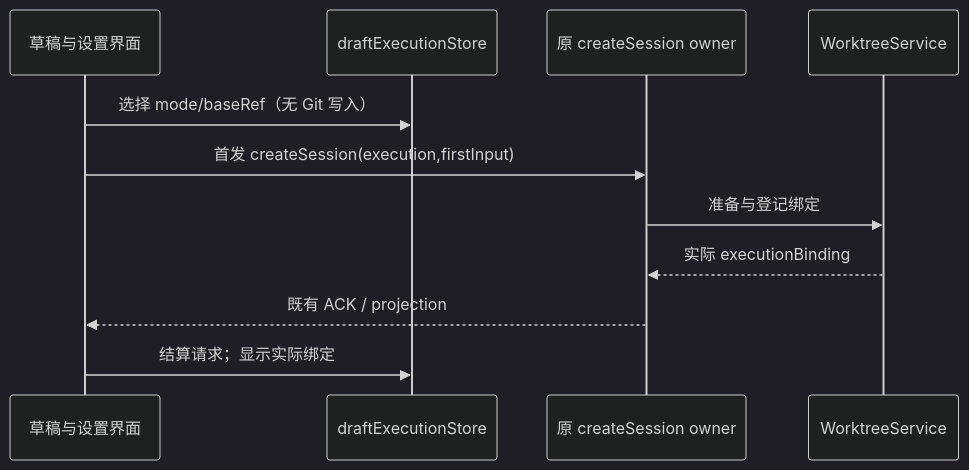
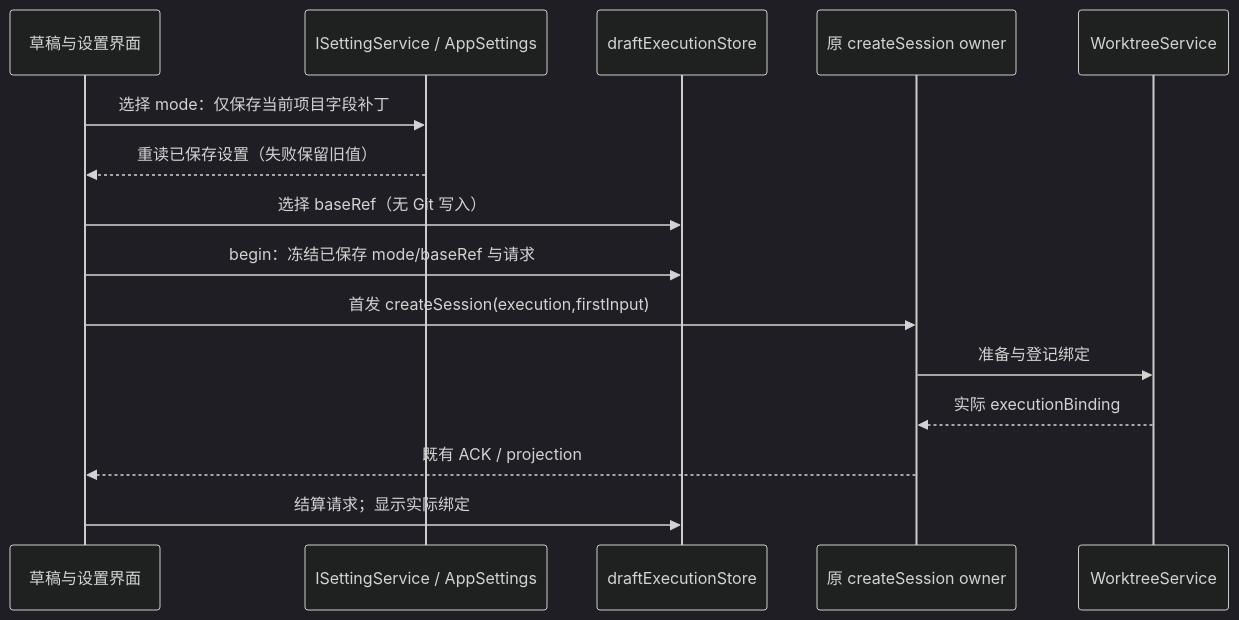
The third of 3 diagrams in specs/worktree-ui.md (lemon-casino/LemonCode), drawn with Mermaid (dark theme) before and after one commit. The commit also changed other lines of this file and 100 other files, not shown here.

````diff
--- a/specs/worktree-ui.md
+++ b/specs/worktree-ui.md
@@ -71,13 +77,17 @@
 ```mermaid
 sequenceDiagram
   participant UI as 草稿与设置界面
+  participant Settings as ISettingService / AppSettings
   participant S as draftExecutionStore
   participant CLI as 原 createSession owner
   participant WT as WorktreeService
-  UI->>S: 选择 mode/baseRef（无 Git 写入）
+  UI->>Settings: 选择 mode：仅保存当前项目字段补丁
+  Settings-->>UI: 重读已保存设置（失败保留旧值）
+  UI->>S: 选择 baseRef（无 Git 写入）
+  UI->>S: begin：冻结已保存 mode/baseRef 与请求
   UI->>CLI: 首发 createSession(execution,firstInput)
   CLI->>WT: 准备与登记绑定
   WT-->>CLI: 实际 executionBinding
   CLI-->>UI: 既有 ACK / projection
   UI->>S: 结算请求；显示实际绑定
 ```
````
